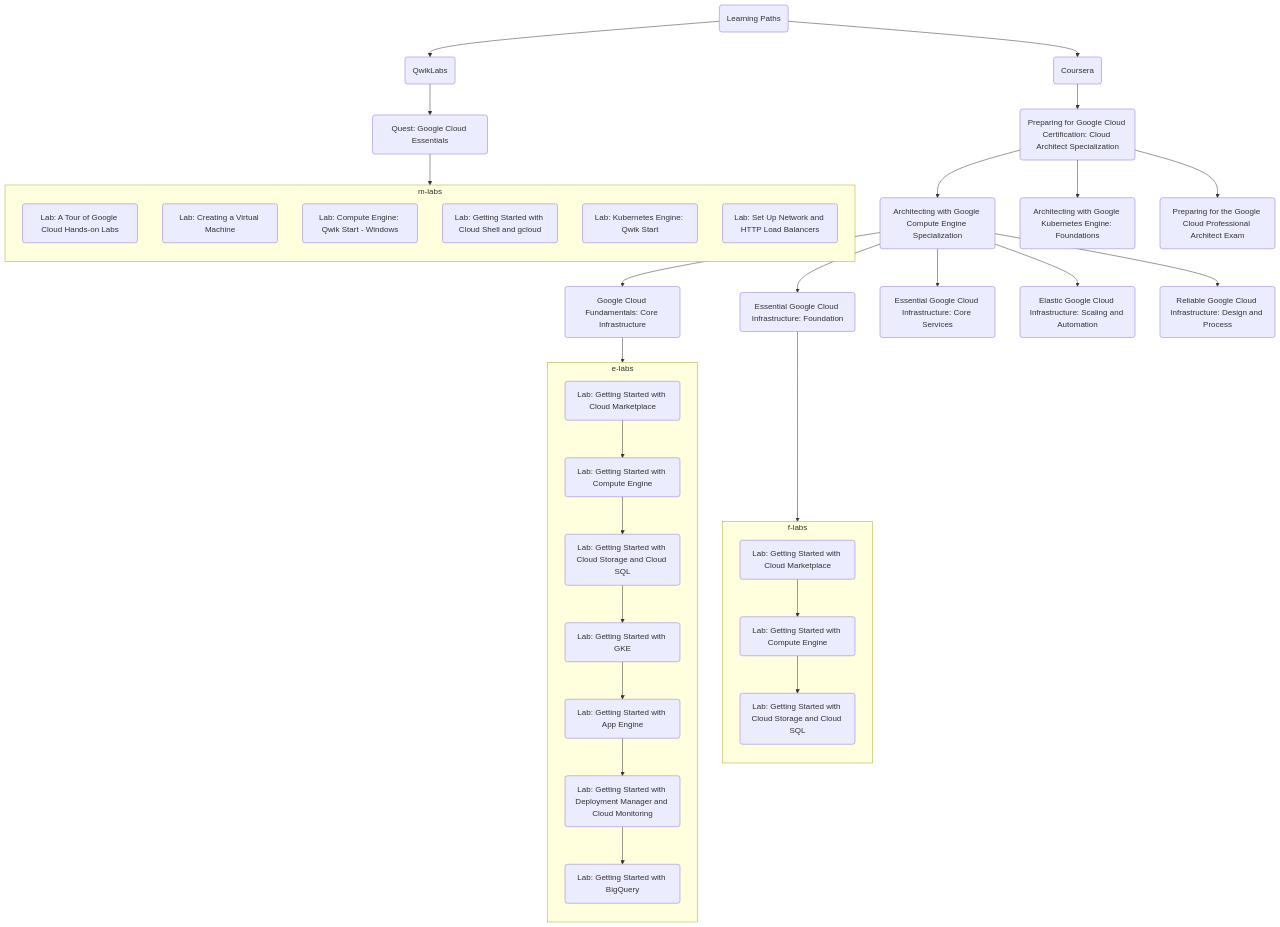
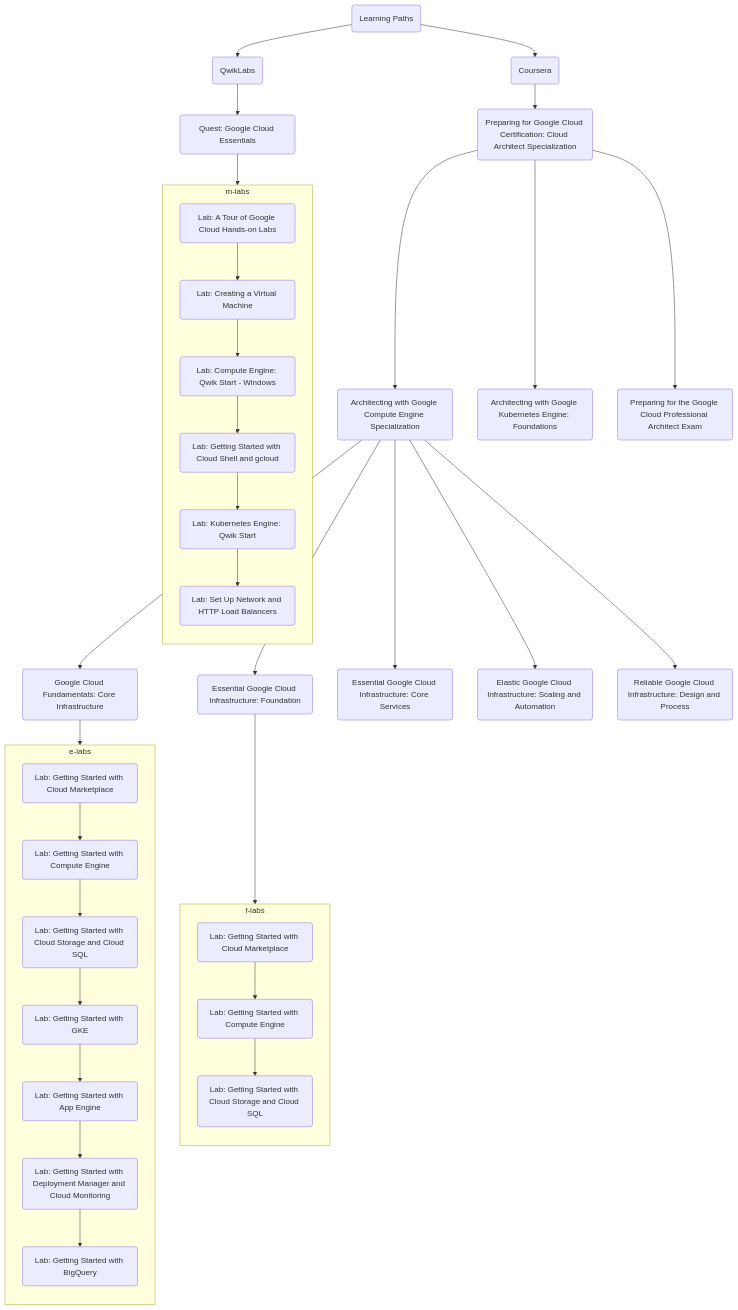
Before and after one commit to apnex/mermaid-api: the diagram in examples/labs4.mmd, drawn with Mermaid. The commit also changed other lines of this file, not shown here.

```diff
--- a/examples/labs4.mmd
+++ b/examples/labs4.mmd
@@ -1,48 +1,49 @@
 flowchart TB
 	classDef anode fill:#00ff00,stroke:#333,stroke-width:4px,height:50px,width:600px;
 
 	A(Learning Paths) --> B(Coursera)
 	B --> C(Preparing for Google Cloud Certification: Cloud Architect Specialization)
 	C --> D(Architecting with Google Compute Engine Specialization)
 	D --> E(Google Cloud Fundamentals: Core Infrastructure)
 	D --> F(Essential Google Cloud Infrastructure: Foundation)
 	D --> G(Essential Google Cloud Infrastructure: Core Services)
 	D --> H(Elastic Google Cloud Infrastructure: Scaling and Automation)
 	D --> I(Reliable Google Cloud Infrastructure: Design and Process)
 	C --> J(Architecting with Google Kubernetes Engine: Foundations)
 	C --> K(Preparing for the Google Cloud Professional Architect Exam)
 	A --> L(QwikLabs)
+	L --> M(Quest: Google Cloud Essentials)
 
 	subgraph f-labs
 	        direction TB
 		F1(Lab: Getting Started with Cloud Marketplace)
 		F2(Lab: Getting Started with Compute Engine)
 		F3(Lab: Getting Started with Cloud Storage and Cloud SQL)
 	        F1 --> F2 --> F3
 	end
 	F --> f-labs
 
 	subgraph e-labs
 	        direction TB
 		E1(Lab: Getting Started with Cloud Marketplace)
 		E2(Lab: Getting Started with Compute Engine)
 		E3(Lab: Getting Started with Cloud Storage and Cloud SQL)
 		E4(Lab: Getting Started with GKE)
 		E5(Lab: Getting Started with App Engine)
 		E6(Lab: Getting Started with Deployment Manager and Cloud Monitoring)
 		E7(Lab: Getting Started with BigQuery)
 	        E1 --> E2 --> E3 --> E4 --> E5 --> E6 --> E7
 	end
 	E --> e-labs
 
 	subgraph m-labs
-	        direction TB
+	        direction TD
 		M1(Lab: A Tour of Google Cloud Hands-on Labs)
 		M2(Lab: Creating a Virtual Machine)
 		M3(Lab: Compute Engine: Qwik Start - Windows)
 		M4(Lab: Getting Started with Cloud Shell and gcloud)
 		M5(Lab: Kubernetes Engine: Qwik Start)
 		M6(Lab: Set Up Network and HTTP Load Balancers)
+		M1 --> M2 --> M3 --> M4 --> M5 --> M6
 	end
-	L --> M(Quest: Google Cloud Essentials)
 	M --> m-labs
```
